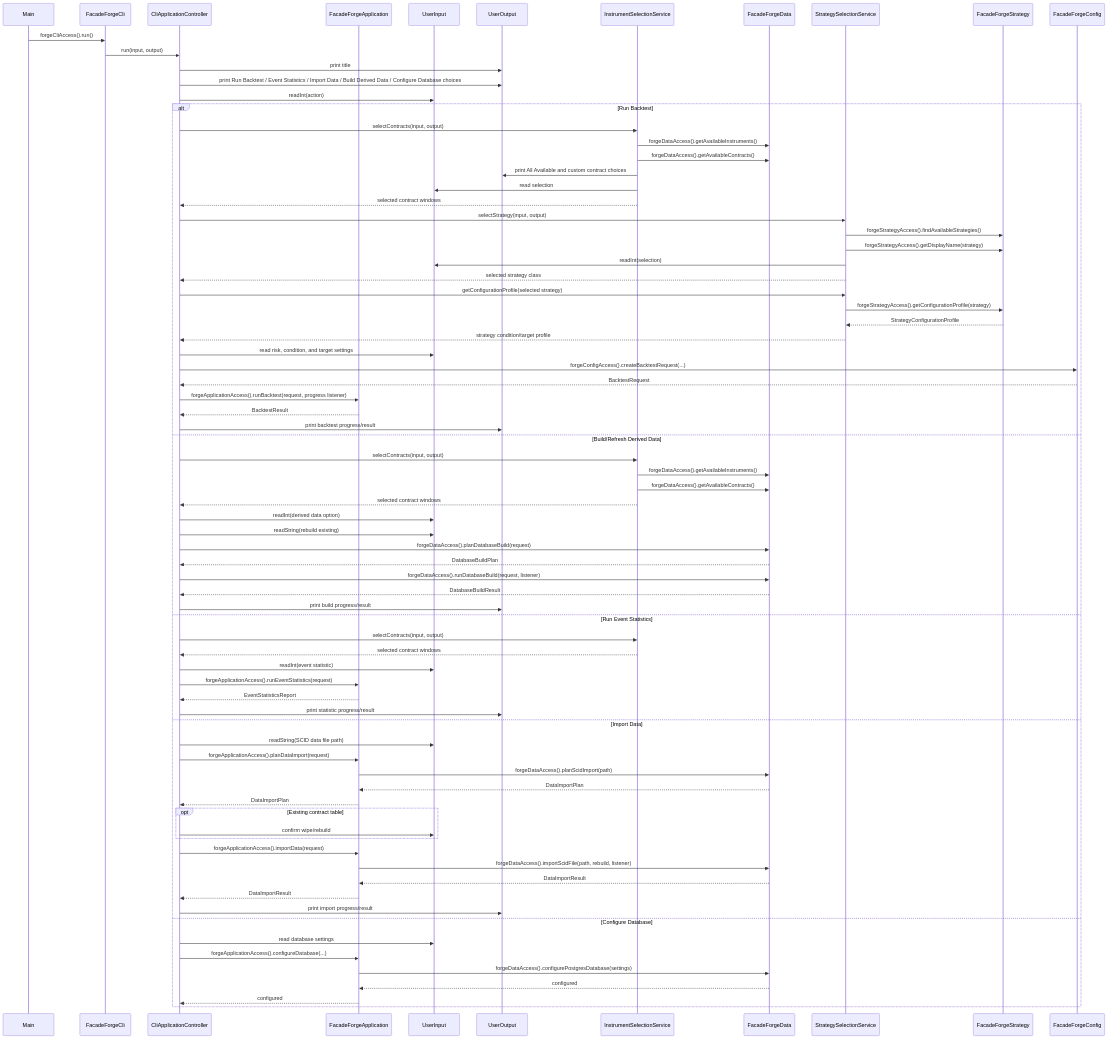
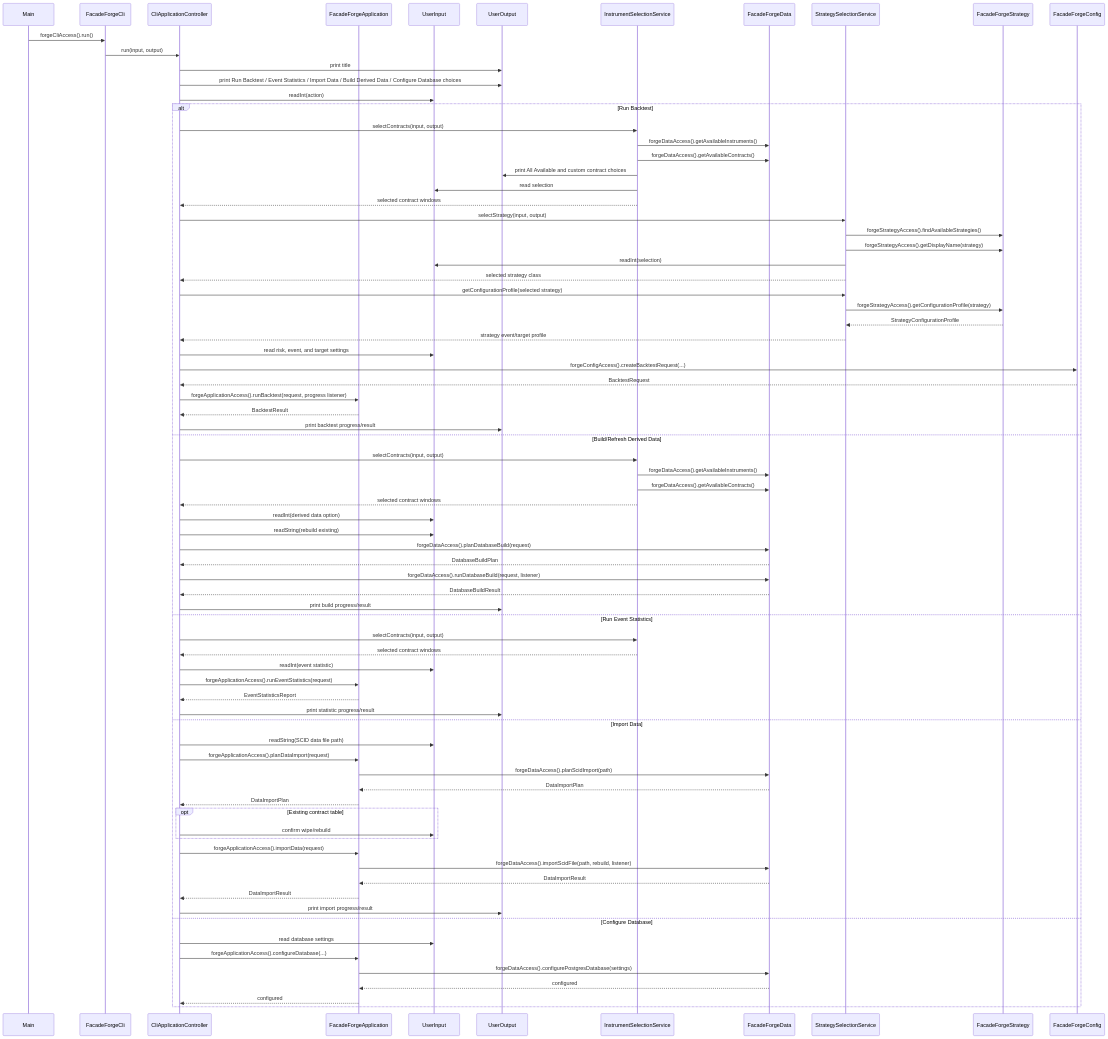
The second of 22 diagrams in class-model.md (probst-paul/FORGE), drawn with Mermaid before and after one commit. The commit also changed other lines of this file and 74 other files, not shown here.

```diff
--- a/class-model.md
+++ b/class-model.md
@@ -108,8 +108,8 @@
         Cli->>Strategies: getConfigurationProfile(selected strategy)
         Strategies->>Strategy: forgeStrategyAccess().getConfigurationProfile(strategy)
         Strategy-->>Strategies: StrategyConfigurationProfile
-        Strategies-->>Cli: strategy condition/target profile
-        Cli->>Input: read risk, condition, and target settings
+        Strategies-->>Cli: strategy event/target profile
+        Cli->>Input: read risk, event, and target settings
         Cli->>Config: forgeConfigAccess().createBacktestRequest(...)
         Config-->>Cli: BacktestRequest
         Cli->>App: forgeApplicationAccess().runBacktest(request, progress listener)
```
